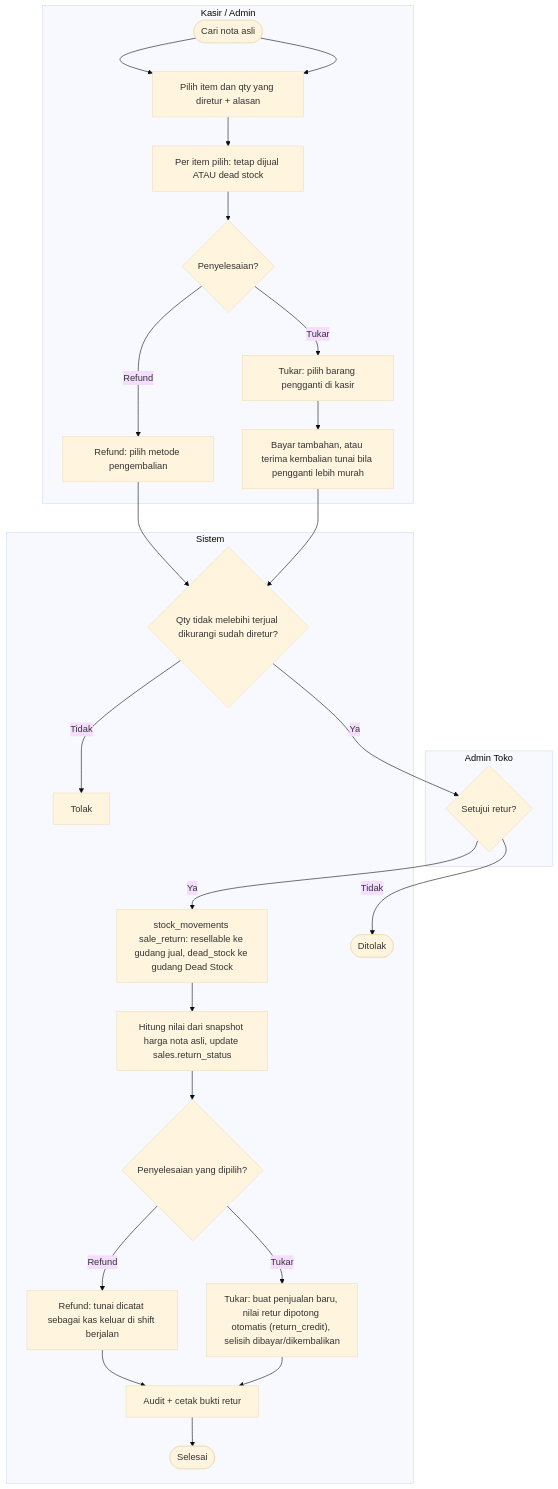
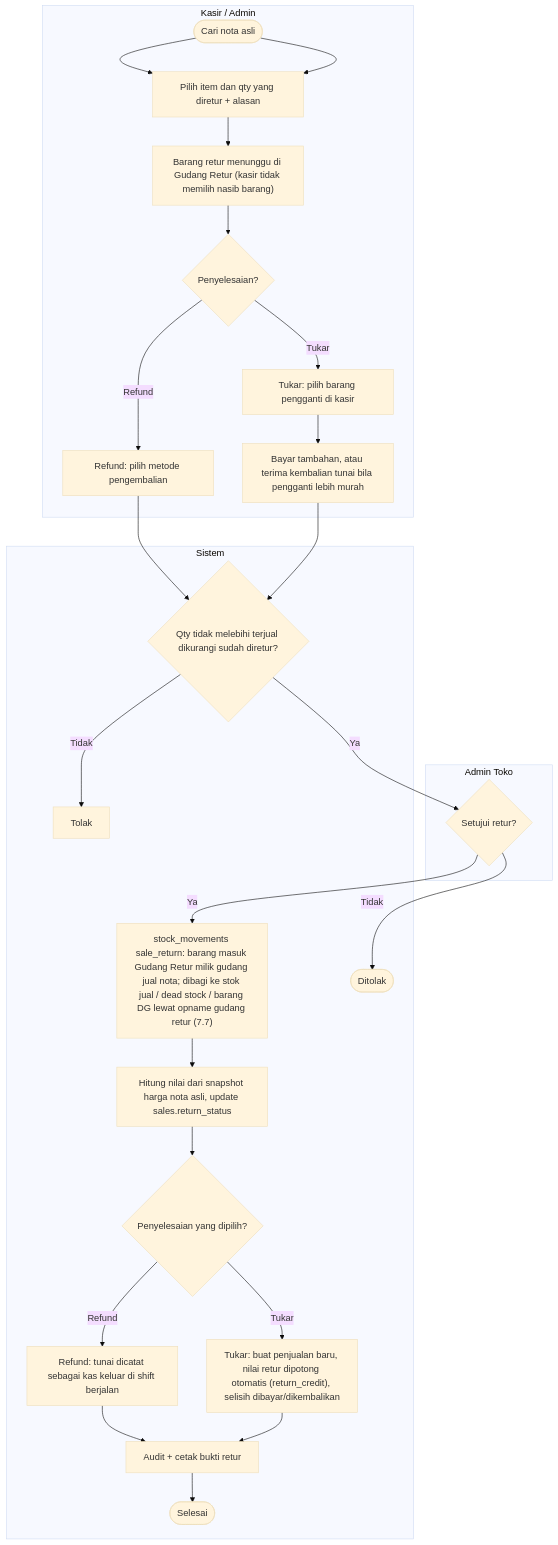
One commit to aliefpraditya/store-management changed diagram 12 of 30 in docs/analisis-sistem.md. Above: the diagram before and after it, drawn with Mermaid (base theme). The commit also changed other lines of this file and 26 other files, not shown here.

First line of the commit message:
Guard returns-warehouse opname and count dead stock loss in profit

````diff
--- a/docs/analisis-sistem.md
+++ b/docs/analisis-sistem.md
@@ -721,38 +721,38 @@
 ```mermaid
 flowchart TD
     subgraph KS["Kasir / Admin"]
         R1(["Cari nota asli"]) --> R2["Pilih item dan qty yang diretur + alasan"]
-        R3["Per item pilih: tetap dijual ATAU dead stock"]
+        R3["Barang retur menunggu di Gudang Retur (kasir tidak memilih nasib barang)"]
         R4{"Penyelesaian?"}
         R5["Refund: pilih metode pengembalian"]
         R6["Tukar: pilih barang pengganti di kasir"]
         R7["Bayar tambahan, atau terima kembalian tunai bila pengganti lebih murah"]
     end
     subgraph ADM["Admin Toko"]
         A1{"Setujui retur?"}
     end
     subgraph SYS["Sistem"]
         S1{"Qty tidak melebihi terjual dikurangi sudah diretur?"}
         S2["Tolak"]
-        S3["stock_movements sale_return: resellable ke gudang jual, dead_stock ke gudang Dead Stock"]
+        S3["stock_movements sale_return: barang masuk Gudang Retur milik gudang jual nota; dibagi ke stok jual / dead stock / barang DG lewat opname gudang retur (7.7)"]
         S4["Hitung nilai dari snapshot harga nota asli, update sales.return_status"]
         S4d{"Penyelesaian yang dipilih?"}
         S5["Refund: tunai dicatat sebagai kas keluar di shift berjalan"]
         S6["Tukar: buat penjualan baru, nilai retur dipotong otomatis (return_credit), selisih dibayar/dikembalikan"]
         S7["Audit + cetak bukti retur"]
         S8(["Selesai"])
         S9(["Ditolak"])
     end
     R1 --> R2 --> R3 --> R4
     R4 -->|"Refund"| R5 --> S1
     R4 -->|"Tukar"| R6 --> R7 --> S1
     S1 -->|"Tidak"| S2
     S1 -->|"Ya"| A1
     A1 -->|"Tidak"| S9
     A1 -->|"Ya"| S3 --> S4 --> S4d
     S4d -->|"Refund"| S5
     S4d -->|"Tukar"| S6
     S5 --> S7
     S6 --> S7
     S7 --> S8
 ```
````
